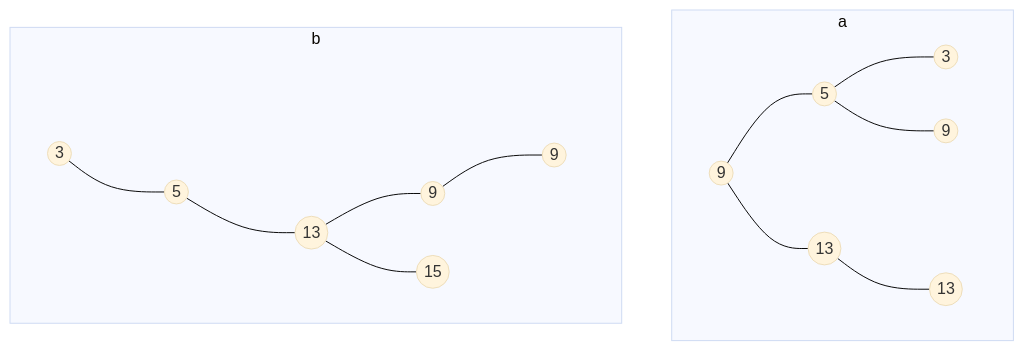
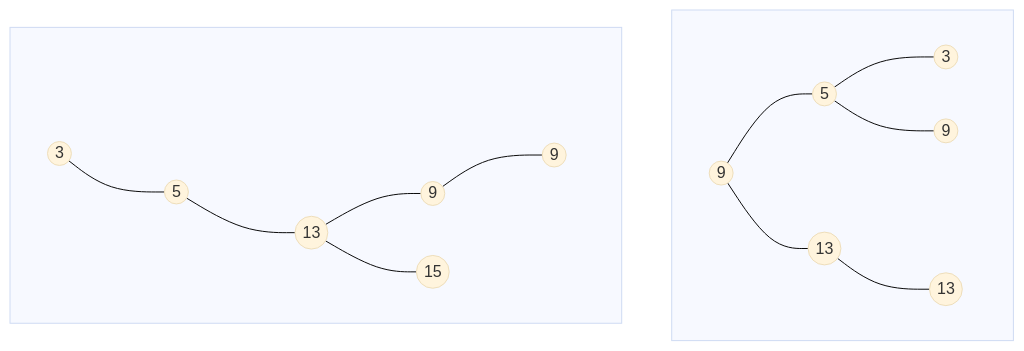
The second of 2 diagrams in cours/bst.md (Kechidi/TP1), drawn with Mermaid (base theme) before and after one commit.

Commit message:
Exemple recherche

````diff
--- a/cours/bst.md
+++ b/cours/bst.md
@@ -19,19 +19,19 @@
 ```mermaid
 graph TD
-  subgraph a
+  subgraph a[ ]
     9a((9)) --- 5a((5)) & 13a((13))
     5a --- 3a((3)) & 9aa((9))
     13a --- i1[ ] & 15a((13))
   end
-  subgraph b
+  subgraph b[ ]
     3b((3)) --- i2[ ] & 5b((5))
     5b((5)) --- i3[ ] & 13b((13))
     13b --- 9b((9)) & 15b((15))
     9b --- 9bb((9)) & i4[ ]
   end
 
   classDef invisible fill:#0000, stroke:#0000;
   class i1,i2,i3,i4 invisible;
 
   linkStyle 4,6,8,13 stroke:#0000
 ```
````
